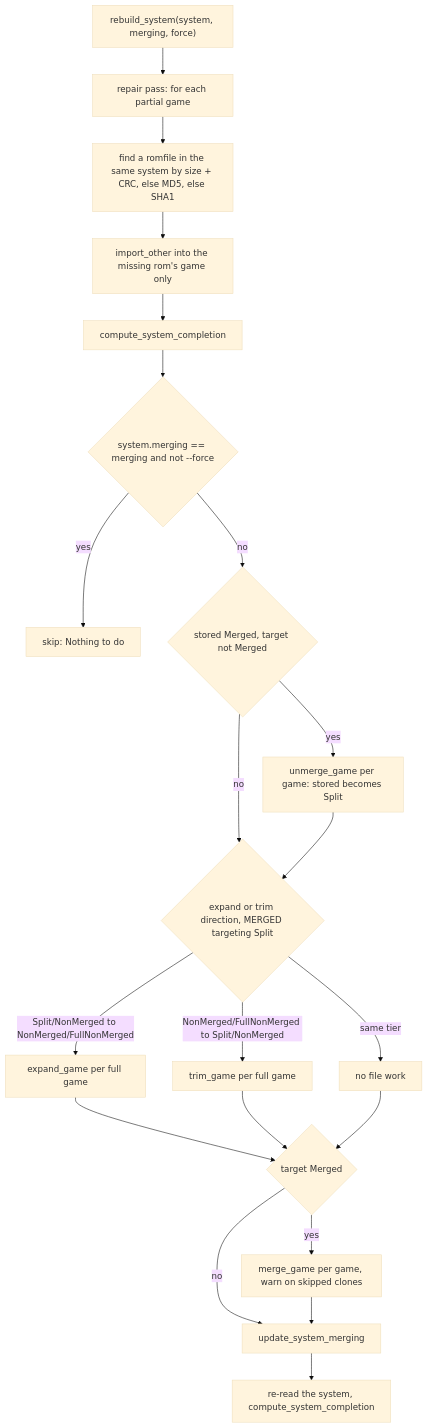
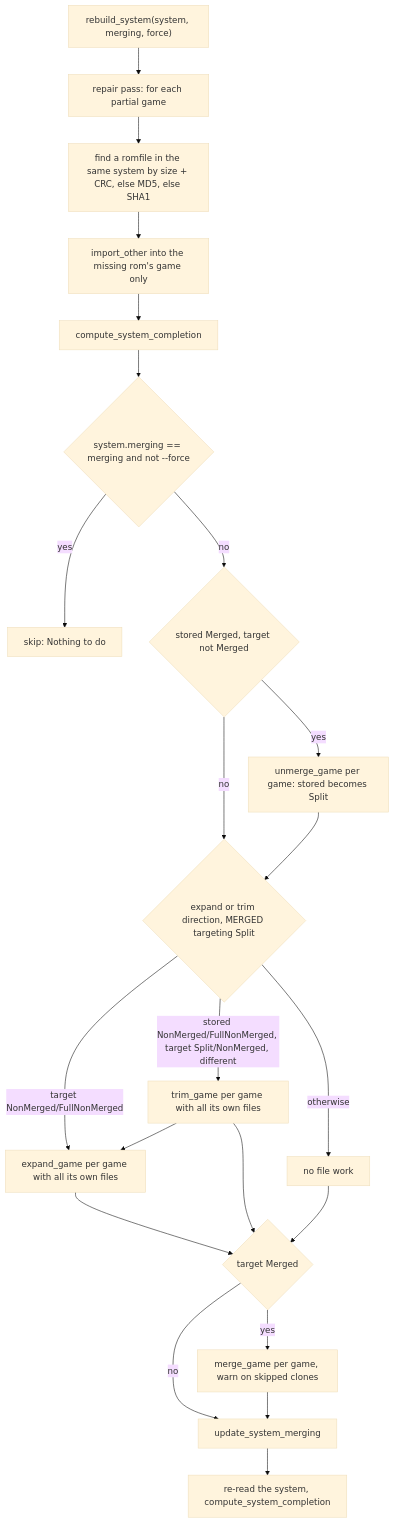
Before and after one commit to alucryd/oxyromon: the first of 2 diagrams in openwiki/workflows/arcade-rebuild-and-playlists.md, drawn with Mermaid (base theme). The commit also changed other lines of this file and 67 other files, not shown here.

````diff
--- a/openwiki/workflows/arcade-rebuild-and-playlists.md
+++ b/openwiki/workflows/arcade-rebuild-and-playlists.md
@@ -186,23 +188,24 @@
 ```mermaid
 flowchart TD
     A["rebuild_system(system, merging, force)"] --> B["repair pass: for each partial game"]
     B --> C["find a romfile in the same system by size + CRC, else MD5, else SHA1"]
     C --> D["import_other into the missing rom's game only"]
     D --> E["compute_system_completion"]
     E --> F{"system.merging == merging and not --force"}
     F -->|yes| G["skip: Nothing to do"]
     F -->|no| U{"stored Merged, target not Merged"}
     U -->|yes| V["unmerge_game per game: stored becomes Split"]
     U -->|no| H
     V --> H{"expand or trim direction, MERGED targeting Split"}
-    H -->|"Split/NonMerged to NonMerged/FullNonMerged"| I["expand_game per full game"]
-    H -->|"NonMerged/FullNonMerged to Split/NonMerged"| J["trim_game per full game"]
-    H -->|same tier| K["no file work"]
+    H -->|"stored NonMerged/FullNonMerged, target Split/NonMerged, different"| J["trim_game per game with all its own files"]
+    H -->|"target NonMerged/FullNonMerged"| I["expand_game per game with all its own files"]
+    H -->|"otherwise"| K["no file work"]
+    J --> I
     I --> W{"target Merged"}
     J --> W
     K --> W
     W -->|yes| X["merge_game per game, warn on skipped clones"]
     W -->|no| L
     X --> L["update_system_merging"]
     L --> M["re-read the system, compute_system_completion"]
 ```
````
